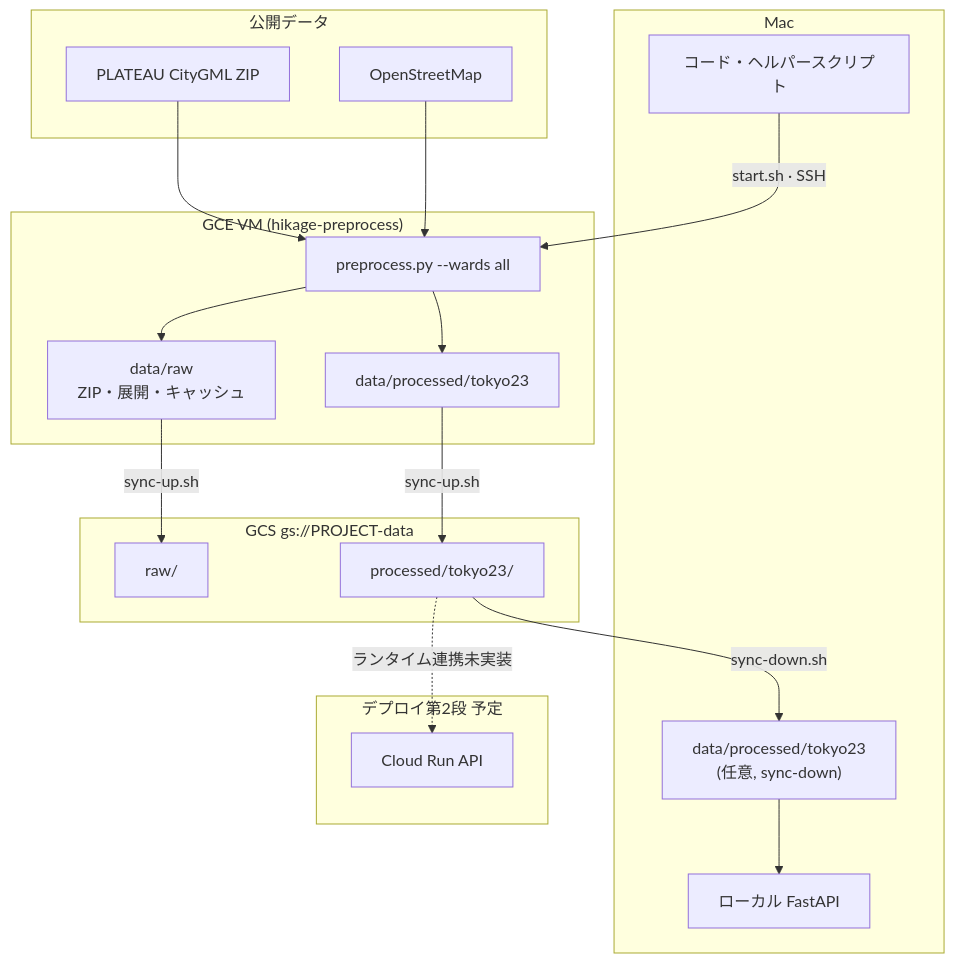
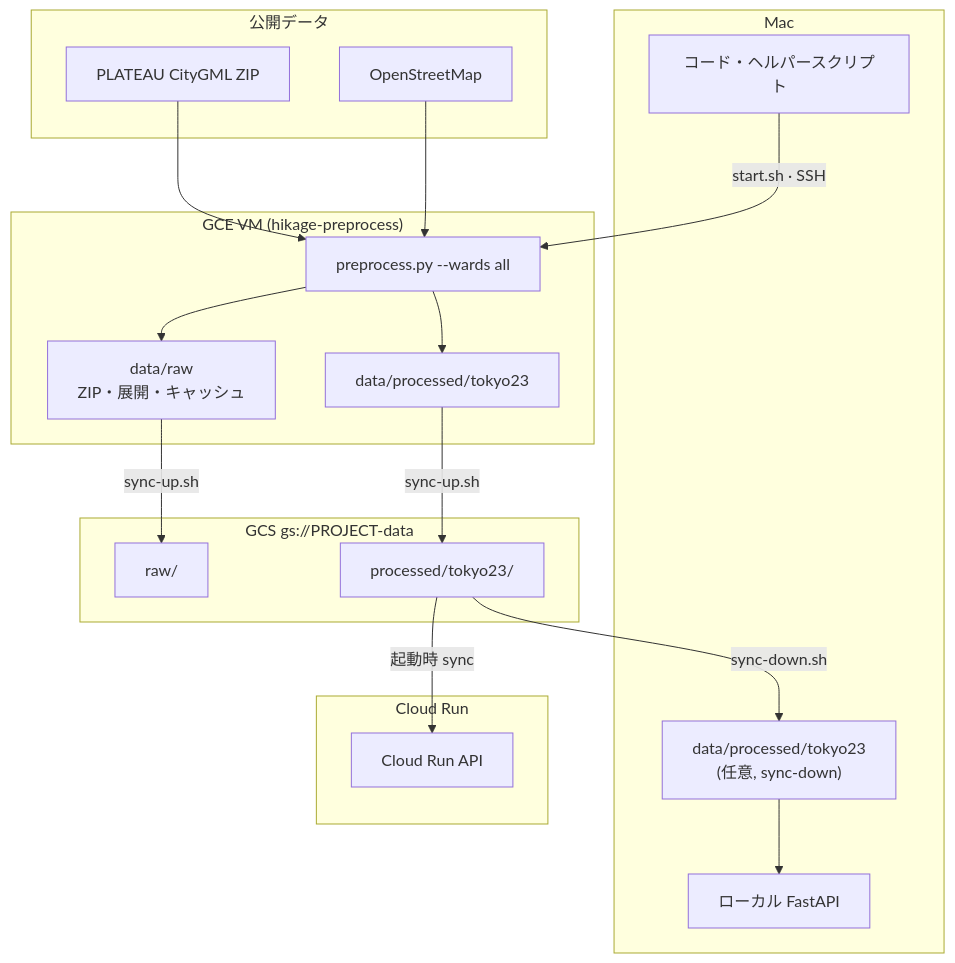
The first of 2 diagrams in README.ja.md (jungyeounjae/hikage-navi), drawn with Mermaid before and after one commit. The commit also changed other lines of this file and 4 other files, not shown here.

Commit message:
fix: Cloud Run GCS sync 종료·wards 판정·경로 안전·README를 고친다

````diff
--- a/README.ja.md
+++ b/README.ja.md
@@ -55,39 +55,39 @@
 ```mermaid
 flowchart TB
   subgraph public [公開データ]
     PLATEAU[PLATEAU CityGML ZIP]
     OSM[OpenStreetMap]
   end
 
   subgraph mac [Mac]
     CODE[コード・ヘルパースクリプト]
     PROC_LOCAL["data/processed/tokyo23<br/>(任意, sync-down)"]
     API_LOCAL[ローカル FastAPI]
   end
 
   subgraph gce ["GCE VM (hikage-preprocess)"]
     PRE["preprocess.py --wards all"]
     RAW_VM["data/raw<br/>ZIP・展開・キャッシュ"]
     PROC_VM["data/processed/tokyo23"]
   end
 
   subgraph gcs ["GCS gs://PROJECT-data"]
     GCS_RAW["raw/"]
     GCS_PROC["processed/tokyo23/"]
   end
 
-  subgraph deploy [デプロイ第2段 予定]
+  subgraph deploy [Cloud Run]
     CR[Cloud Run API]
   end
 
   PLATEAU --> PRE
   OSM --> PRE
   CODE -->|start.sh · SSH| PRE
   PRE --> RAW_VM
   PRE --> PROC_VM
   RAW_VM -->|sync-up.sh| GCS_RAW
   PROC_VM -->|sync-up.sh| GCS_PROC
   GCS_PROC -->|sync-down.sh| PROC_LOCAL
   PROC_LOCAL --> API_LOCAL
-  GCS_PROC -.->|ランタイム連携未実装| CR
+  GCS_PROC -->|起動時 sync| CR
 ```
````
